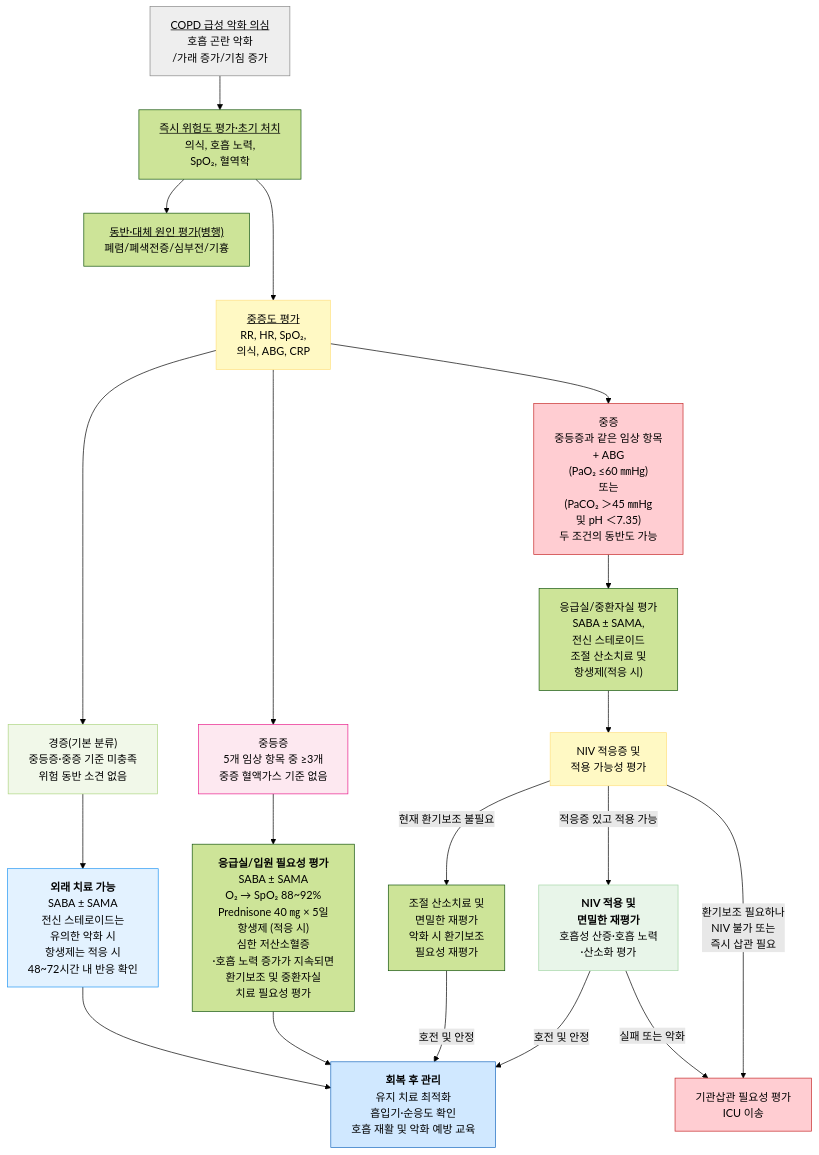
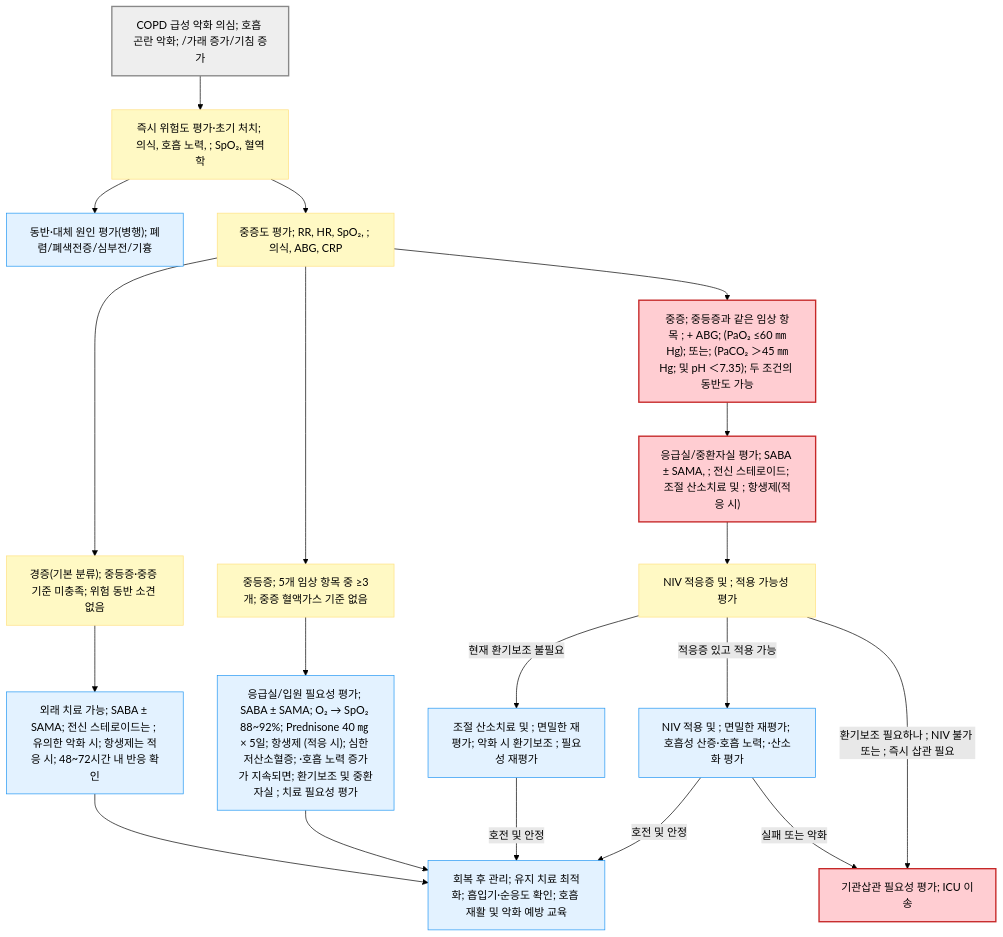
The third of 3 diagrams in 223_/072_-copd.md (familyoh77/familyoh77), drawn with Mermaid (forest theme) before and after one commit. The commit also changed other lines of this file and 2 other files, not shown here.

````diff
--- a/223_/072_-copd.md
+++ b/223_/072_-copd.md
@@ -663,32 +655,30 @@
 ```mermaid
 flowchart TD
-    Start["<u>COPD 급성 악화 의심</u><br/>호흡 곤란 악화<br/>/가래 증가/기침 증가"]
-    Start --> Triage["<u>즉시 위험도 평가·초기 처치</u><br/>의식, 호흡 노력, <br/>SpO₂, 혈역학"]
-    Triage --> Diff["<u>동반·대체 원인 평가(병행)</u><br/>폐렴/폐색전증/심부전/기흉"]
-    Triage ---> Severity["<u>중증도 평가</u><br/>RR, HR, SpO₂, <br/>의식, ABG, CRP"]
-    Severity --> Mild["경증(기본 분류)<br/>중등증·중증 기준 미충족<br/>위험 동반 소견 없음"]
-    Severity --> Moderate["중등증<br/>5개 임상 항목 중 ≥3개<br/>중증 혈액가스 기준 없음"]
-    Severity --> Severe["중증<br/>중등증과 같은 임상 항목 <br/>+ ABG<br/>(PaO₂ ≤60 ㎜Hg)<br/>또는<br/>(PaCO₂ ＞45 ㎜Hg<br/>및 pH ＜7.35)<br/>두 조건의 동반도 가능"]
-    Mild --> OutTx["<b>외래 치료 가능</b><br/>SABA ± SAMA<br/>전신 스테로이드는 <br/>유의한 악화 시<br/>항생제는 적응 시<br/>48~72시간 내 반응 확인"]
-    Moderate --> HospTx["<b>응급실/입원 필요성 평가</b><br/>SABA ± SAMA<br/>O₂ → SpO₂ 88~92%<br/>Prednisone 40 ㎎ × 5일<br/>항생제 (적응 시)<br/>심한 저산소혈증<br/>·호흡 노력 증가가 지속되면<br/>환기보조 및 중환자실 <br/>치료 필요성 평가"]
-    Severe --> SevereTx["응급실/중환자실 평가<br/>SABA ± SAMA, <br/>전신 스테로이드<br/>조절 산소치료 및 <br/>항생제(적응 시)"]
-    SevereTx --> NIVcheck["NIV 적응증 및 <br/>적용 가능성 평가"]
-    NIVcheck -->|"적응증 있고 적용 가능"| NIV["<b>NIV 적용 및 <br/>면밀한 재평가</b><br/>호흡성 산증·호흡 노력<br/>·산소화 평가"]
-    NIVcheck -->|"현재 환기보조 불필요"| Monitor["조절 산소치료 및 <br/>면밀한 재평가<br/>악화 시 환기보조 <br/>필요성 재평가"]
-    NIV -->|"실패 또는 악화"| Intubation["기관삽관 필요성 평가<br/>ICU 이송"]
-    OutTx --> Followup["<b>회복 후 관리</b><br/>유지 치료 최적화<br/>흡입기·순응도 확인<br/>호흡 재활 및 악화 예방 교육"]
-    NIVcheck -->|"환기보조 필요하나 <br/>NIV 불가 또는 <br/>즉시 삽관 필요"| Intubation
+    Start["`COPD 급성 악화 의심; 호흡 곤란 악화; /가래 증가/기침 증가`"]
+    Start --> Triage["`즉시 위험도 평가·초기 처치; 의식, 호흡 노력, ; SpO₂, 혈역학`"]
+    Triage --> Diff["`동반·대체 원인 평가(병행); 폐렴/폐색전증/심부전/기흉`"]
+    Triage --> Severity["`중증도 평가; RR, HR, SpO₂, ; 의식, ABG, CRP`"]
+    Severity --> Mild["`경증(기본 분류); 중등증·중증 기준 미충족; 위험 동반 소견 없음`"]
+    Severity --> Moderate["`중등증; 5개 임상 항목 중 ≥3개; 중증 혈액가스 기준 없음`"]
+    Severity --> Severe["`중증; 중등증과 같은 임상 항목 ; + ABG; (PaO₂ ≤60 ㎜Hg); 또는; (PaCO₂ ＞45 ㎜Hg; 및 pH ＜7.35); 두 조건의 동반도 가능`"]
+    Mild --> OutTx["`외래 치료 가능; SABA ± SAMA; 전신 스테로이드는 ; 유의한 악화 시; 항생제는 적응 시; 48~72시간 내 반응 확인`"]
+    Moderate --> HospTx["`응급실/입원 필요성 평가; SABA ± SAMA; O₂ → SpO₂ 88~92%; Prednisone 40 ㎎ × 5일; 항생제 (적응 시); 심한 저산소혈증; ·호흡 노력 증가가 지속되면; 환기보조 및 중환자실 ; 치료 필요성 평가`"]
+    Severe --> SevereTx["`응급실/중환자실 평가; SABA ± SAMA, ; 전신 스테로이드; 조절 산소치료 및 ; 항생제(적응 시)`"]
+    SevereTx --> NIVcheck["`NIV 적응증 및 ; 적용 가능성 평가`"]
+    NIVcheck -- "적응증 있고 적용 가능" --> NIV["`NIV 적용 및 ; 면밀한 재평가; 호흡성 산증·호흡 노력; ·산소화 평가`"]
+    NIVcheck -- "현재 환기보조 불필요" --> Monitor["`조절 산소치료 및 ; 면밀한 재평가; 악화 시 환기보조 ; 필요성 재평가`"]
+    NIV -- "실패 또는 악화" --> Intubation["`기관삽관 필요성 평가; ICU 이송`"]
+    OutTx --> Followup["`회복 후 관리; 유지 치료 최적화; 흡입기·순응도 확인; 호흡 재활 및 악화 예방 교육`"]
+    NIVcheck -- "환기보조 필요하나 ; NIV 불가 또는 ; 즉시 삽관 필요" --> Intubation
     HospTx --> Followup
-    Monitor -->|"호전 및 안정"| Followup
-    NIV -->|"호전 및 안정"| Followup
-    style Start fill:#eeeeee,stroke:#888888
-    style Mild fill:#f1f8e9,stroke:#aed581
-    style Moderate fill:#fde8f0,stroke:#e91e8c
-    style NIV fill:#e8f5e9,stroke:#a5d6a7
-classDef yellow fill:#fff9c4,stroke:#ffe082    
-class Severity,NIVcheck yellow
-classDef red fill:#ffcdd2,stroke:#c62828
-class Severe,Intubation red
-    style Followup fill:#d0e8ff,stroke:#1a6abf
-    style OutTx fill:#e3f2ff,stroke:#2196f3
+    Monitor -- "호전 및 안정" --> Followup
+    NIV -- "호전 및 안정" --> Followup
+    classDef start fill:#eee,stroke:#888,stroke-width:2px
+    classDef decision fill:#fff9c4,stroke:#ffe082
+    classDef emergency fill:#ffcdd2,stroke:#c62828,stroke-width:2px
+    classDef action fill:#e3f2ff,stroke:#2196f3
+    class Start start
+    class Triage,Severity,Mild,Moderate,NIVcheck decision
+    class Severe,SevereTx,Intubation emergency
+    class Diff,OutTx,HospTx,NIV,Monitor,Followup action
 ```
````
